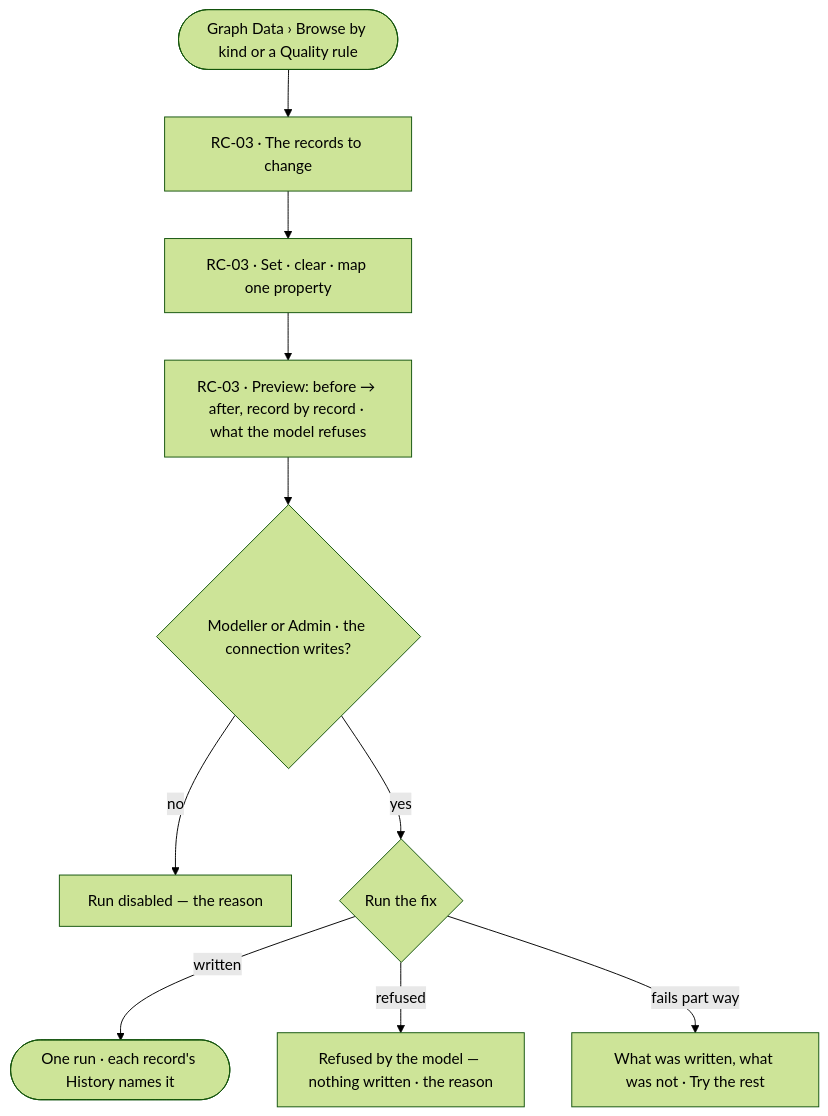
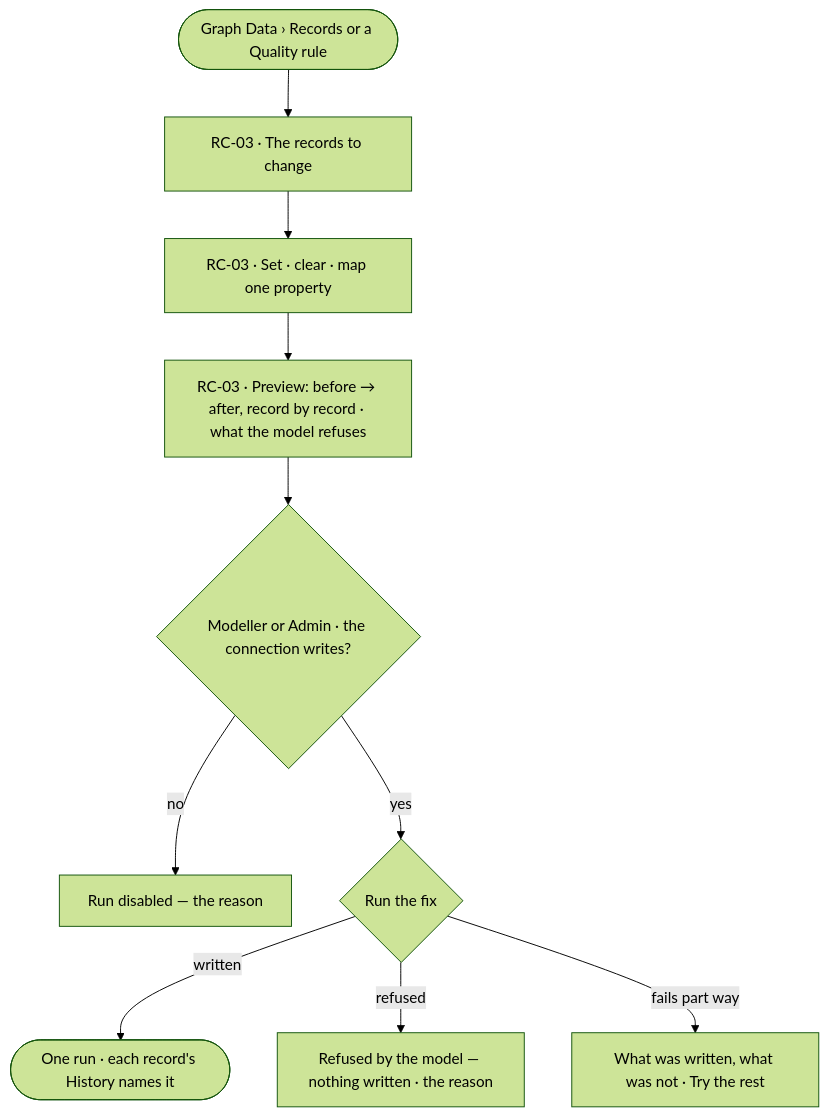
The diagram in specs/capabilities/records/features/RC-F04-bulk-fixes/feature.md (invana/invana), drawn with Mermaid (forest theme) before and after one commit. The commit also changed other lines of this file and 5 other files, not shown here.

Commit message:
docs(specs): rename Graph Data's Browse by kind to Records

````diff
--- a/specs/capabilities/records/features/RC-F04-bulk-fixes/feature.md
+++ b/specs/capabilities/records/features/RC-F04-bulk-fixes/feature.md
@@ -21,12 +21,12 @@
 ```mermaid
 flowchart TD
-  start([Graph Data › Browse by kind or a Quality rule]) --> sel["RC-03 · The records to change"]
+  start([Graph Data › Records or a Quality rule]) --> sel["RC-03 · The records to change"]
   sel --> ch["RC-03 · Set · clear · map one property"]
   ch --> pv["RC-03 · Preview: before → after, record by record · what the model refuses"]
   pv --> g{Modeller or Admin · the connection writes?}
   g -->|no| na["Run disabled — the reason"]
   g -->|yes| run{"Run the fix"}
   run -->|written| done(["One run · each record's History names it"])
   run -->|refused| rf["Refused by the model — nothing written · the reason"]
   run -->|fails part way| pf["What was written, what was not · Try the rest"]
 ```
````
